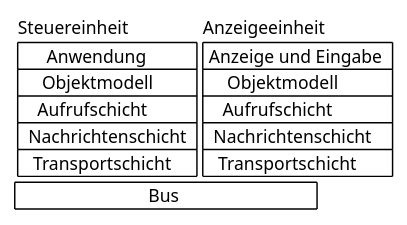
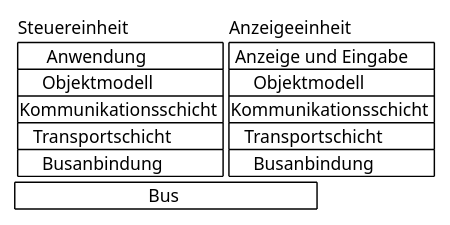
The diagram in thesis/figures/schichtenmodell.puml (K1ngGrim/master-pa-legolab), drawn with PlantUML before and after one commit. The commit also changed 16 other files, not shown here.

```diff
--- a/thesis/figures/schichtenmodell.puml
+++ b/thesis/figures/schichtenmodell.puml
@@ -1,41 +1,41 @@
 @startsalt schichtenmodell
 ' Schichtenmodell der Architektur.
 ' Bewusst implementierungsfrei: keine Klassen-, Bibliotheks- oder Produktnamen.
 '
 ' HINWEIS ZUR PFLEGE: Die Zellen sind mit geschuetzten Leerzeichen (U+00A0)
 ' auf einheitliche Breite gebracht. Normale Leerzeichen entfernt PlantUML,
 ' und "..." wuerde salt als Eingabefeld rendern. Beim Aendern von Beschriftungen
 ' die Polsterung mitfuehren, sonst springen die Spaltenbreiten.
 
 skinparam backgroundColor transparent
 skinparam shadowing false
 skinparam defaultFontName "Helvetica"
 skinparam defaultFontSize 15
 
 {
   {
     {
       Steuereinheit
       {#
               Anwendung       
              Objektmodell     
-            Aufrufschicht     
-          Nachrichtenschicht  
+        Kommunikationsschicht 
            Transportschicht   
+             Busanbindung     
       }
     } | {
       Anzeigeeinheit
       {#
          Anzeige und Eingabe  
              Objektmodell     
-            Aufrufschicht     
-          Nachrichtenschicht  
+        Kommunikationsschicht 
            Transportschicht   
+             Busanbindung     
       }
     }
   }
   {#
                              Bus                              
   }
 }
 @endsalt
```
